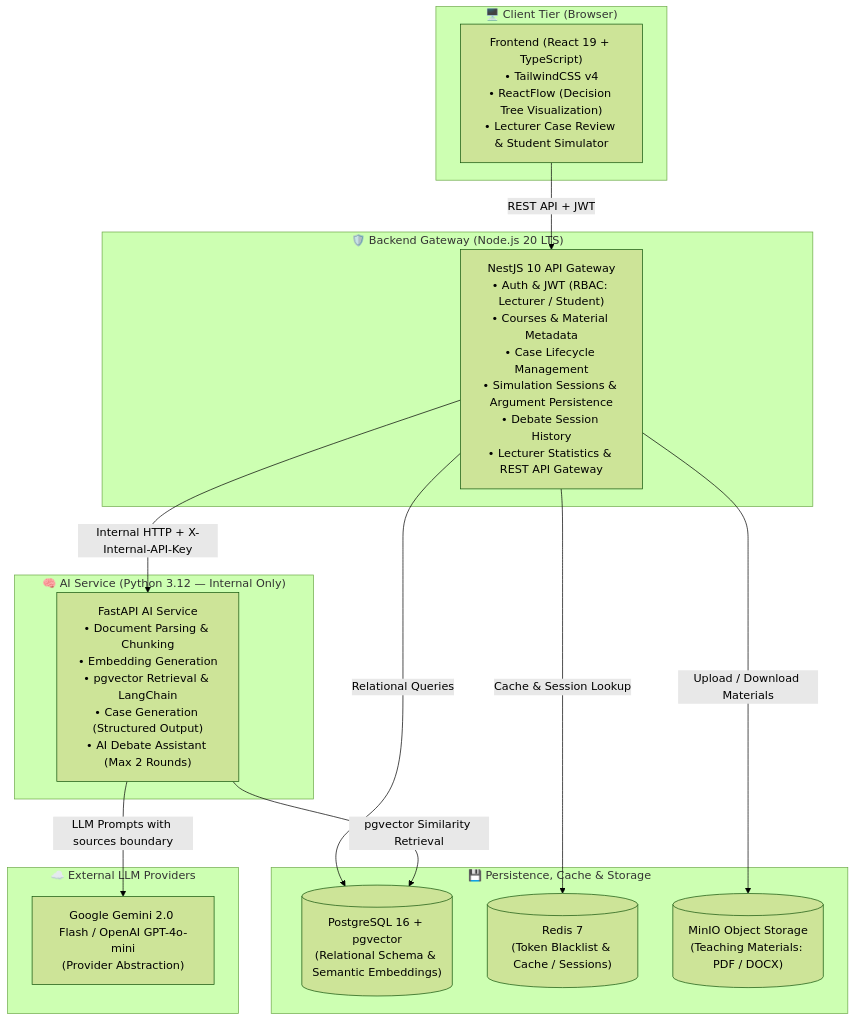
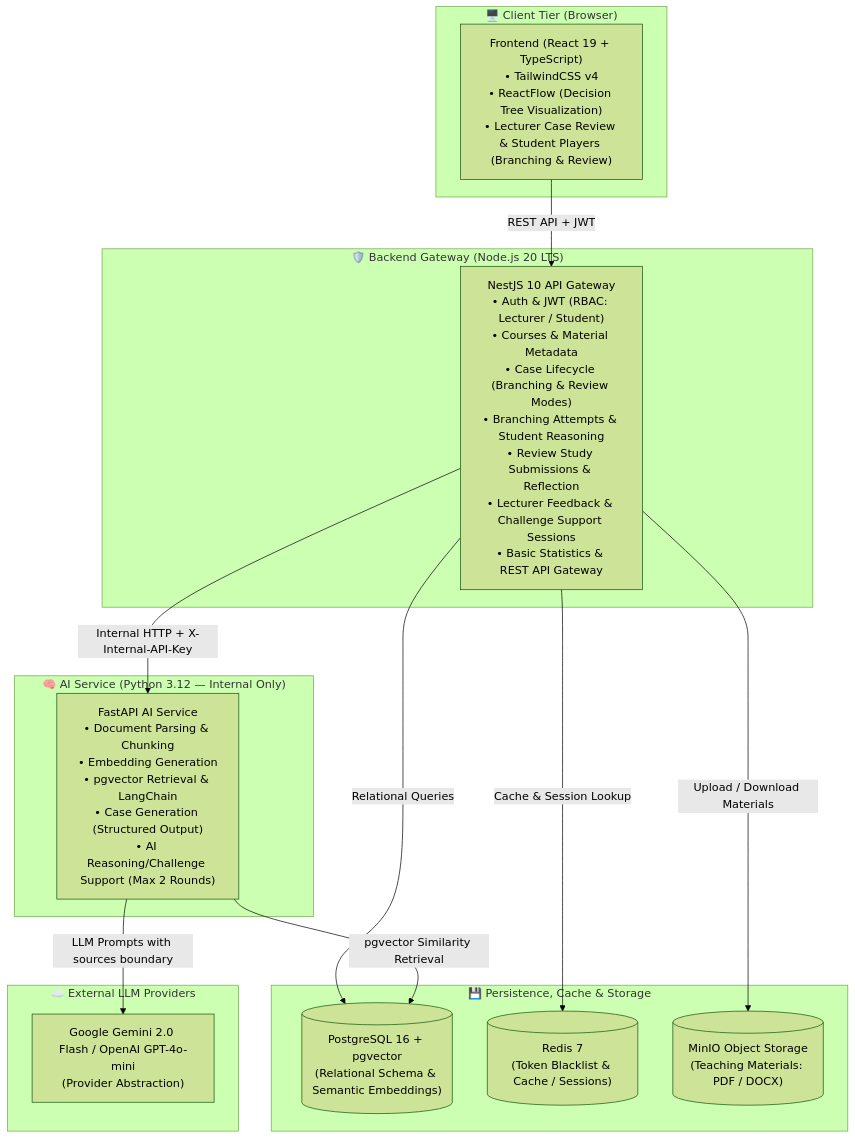
The diagram in docs/architecture/SYSTEM-ARCHITECTURE.md (HoangNam2464/CaseTree-AI), drawn with Mermaid (forest theme) before and after one commit. The commit also changed other lines of this file and 16 other files, not shown here.

Commit message:
docs(docs): update architecture, feature specs, and traceability for Proposal V1.1

````diff
--- a/docs/architecture/SYSTEM-ARCHITECTURE.md
+++ b/docs/architecture/SYSTEM-ARCHITECTURE.md
@@ -52,32 +54,32 @@
 ```mermaid
 flowchart TD
     subgraph Client ["🖥️ Client Tier (Browser)"]
-        FE["Frontend (React 19 + TypeScript)\n• TailwindCSS v4\n• ReactFlow (Decision Tree Visualization)\n• Lecturer Case Review & Student Simulator"]
+        FE["Frontend (React 19 + TypeScript)\n• TailwindCSS v4\n• ReactFlow (Decision Tree Visualization)\n• Lecturer Case Review & Student Players (Branching & Review)"]
     end
 
     subgraph Gateway ["🛡️ Backend Gateway (Node.js 20 LTS)"]
-        BG["NestJS 10 API Gateway\n• Auth & JWT (RBAC: Lecturer / Student)\n• Courses & Material Metadata\n• Case Lifecycle Management\n• Simulation Sessions & Argument Persistence\n• Debate Session History\n• Lecturer Statistics & REST API Gateway"]
+        BG["NestJS 10 API Gateway\n• Auth & JWT (RBAC: Lecturer / Student)\n• Courses & Material Metadata\n• Case Lifecycle (Branching & Review Modes)\n• Branching Attempts & Student Reasoning\n• Review Study Submissions & Reflection\n• Lecturer Feedback & Challenge Support Sessions\n• Basic Statistics & REST API Gateway"]
     end
 
     subgraph Storage ["💾 Persistence, Cache & Storage"]
         PG[("PostgreSQL 16 + pgvector\n(Relational Schema & Semantic Embeddings)")]
         REDIS[("Redis 7\n(Token Blacklist & Cache / Sessions)")]
         MINIO[("MinIO Object Storage\n(Teaching Materials: PDF / DOCX)")]
     end
 
     subgraph InternalAI ["🧠 AI Service (Python 3.12 — Internal Only)"]
-        AI["FastAPI AI Service\n• Document Parsing & Chunking\n• Embedding Generation\n• pgvector Retrieval & LangChain\n• Case Generation (Structured Output)\n• AI Debate Assistant (Max 2 Rounds)"]
+        AI["FastAPI AI Service\n• Document Parsing & Chunking\n• Embedding Generation\n• pgvector Retrieval & LangChain\n• Case Generation (Structured Output)\n• AI Reasoning/Challenge Support (Max 2 Rounds)"]
     end
 
     subgraph Providers ["☁️ External LLM Providers"]
         LLM["Google Gemini 2.0 Flash / OpenAI GPT-4o-mini\n(Provider Abstraction)"]
     end
 
     FE -->|REST API + JWT| BG
     BG -->|Relational Queries| PG
     BG -->|Cache & Session Lookup| REDIS
     BG -->|Upload / Download Materials| MINIO
     BG -->|Internal HTTP + X-Internal-API-Key| AI
     AI -->|pgvector Similarity Retrieval| PG
     AI -->|LLM Prompts with sources boundary| LLM
 ```
````
